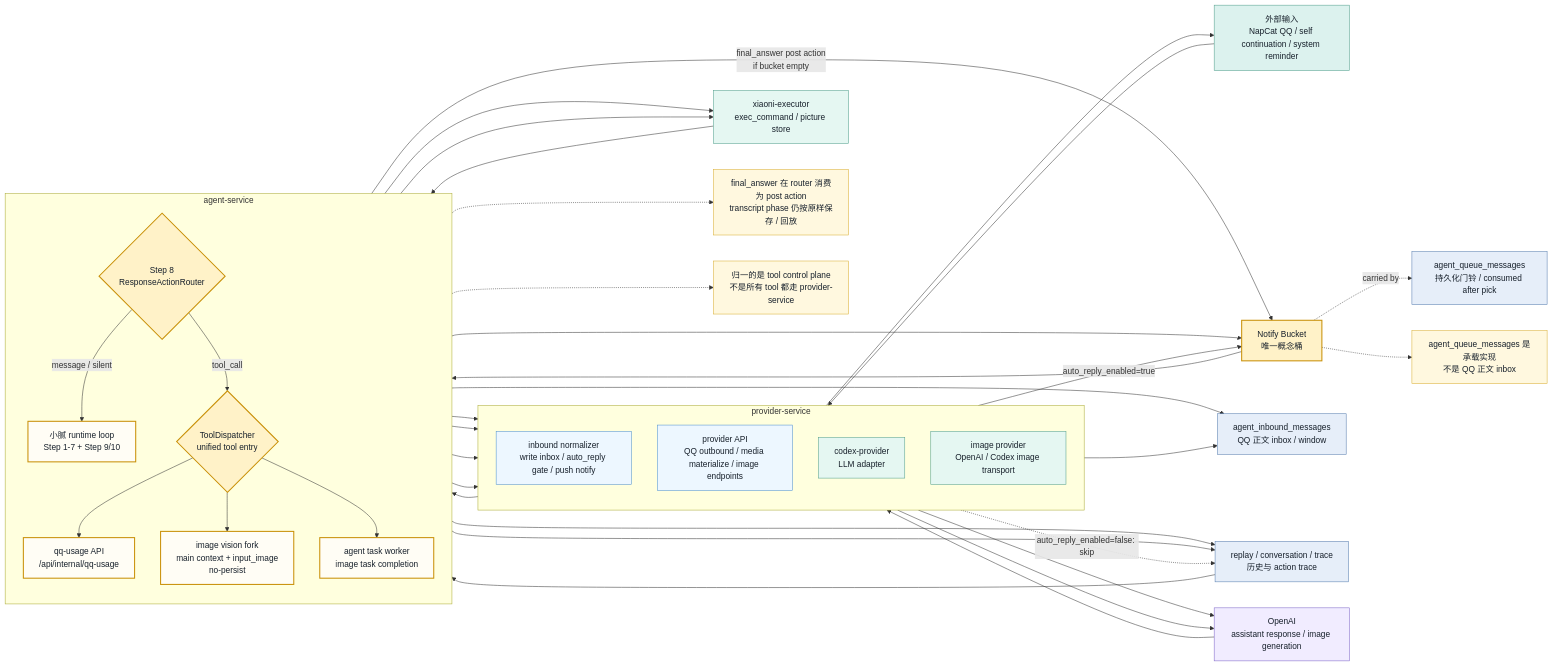
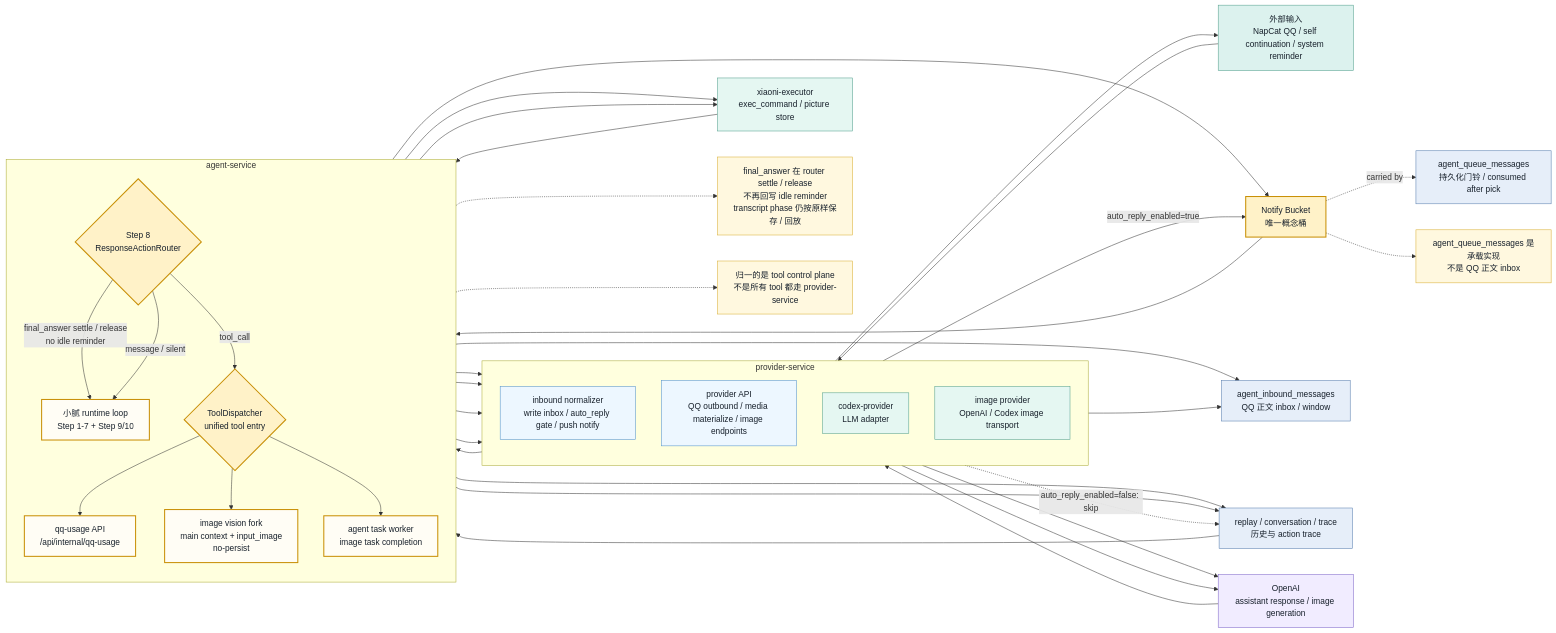
Before and after one commit to Hei-AI/xiaoni_cc: the diagram in docs/xiaoni-notify-runtime-component.mmd, drawn with Mermaid. The commit also changed 27 other files, not shown here.

```diff
--- a/docs/xiaoni-notify-runtime-component.mmd
+++ b/docs/xiaoni-notify-runtime-component.mmd
@@ -1,69 +1,69 @@
 flowchart LR
   %% Topology-oriented source for docs/xiaoni-notify-runtime-component.svg.
   %% The PlantUML file is the rendered source; this Mermaid file keeps the same semantic graph.
 
   classDef external fill:#dcf2ee,stroke:#4f9d8a,color:#17202b
   classDef provider fill:#edf7ff,stroke:#4d8fcb,color:#17202b
   classDef bucket fill:#fff2c8,stroke:#c99008,stroke-width:2px,color:#17202b
   classDef agent fill:#fffdf5,stroke:#c99008,stroke-width:2px,color:#17202b
   classDef step fill:#e6eef9,stroke:#557cad,color:#17202b
   classDef tool fill:#e5f7f2,stroke:#4f9d8a,color:#17202b
   classDef llm fill:#f1ecff,stroke:#7c63c7,color:#17202b
   classDef store fill:#e6eef9,stroke:#557cad,color:#17202b
   classDef note fill:#fff8df,stroke:#d8ad31,color:#17202b
 
   external["外部输入<br/>NapCat QQ / self continuation / system reminder"]:::external
   bucket["Notify Bucket<br/>唯一概念桶"]:::bucket
   queue["agent_queue_messages<br/>持久化门铃 / consumed after pick"]:::store
   inbox["agent_inbound_messages<br/>QQ 正文 inbox / window"]:::store
   history["replay / conversation / trace<br/>历史与 action trace"]:::store
   openai["OpenAI<br/>assistant response / image generation"]:::llm
   executor["xiaoni-executor<br/>exec_command / picture store"]:::tool
 
   subgraph provider["provider-service"]
     direction TB
     providerInbound["inbound normalizer<br/>write inbox / auto_reply gate / push notify"]:::provider
     providerApi["provider API<br/>QQ outbound / media materialize / image endpoints"]:::provider
     codexProvider["codex-provider<br/>LLM adapter"]:::tool
     imageProvider["image provider<br/>OpenAI / Codex image transport"]:::tool
   end
 
   subgraph agent["agent-service"]
     direction TB
     loop["小腻 runtime loop<br/>Step 1-7 + Step 9/10"]:::agent
     router{"Step 8<br/>ResponseActionRouter"}:::bucket
     dispatcher{"ToolDispatcher<br/>unified tool entry"}:::bucket
     qqUsageApi["qq-usage API<br/>/api/internal/qq-usage"]:::agent
     imageVisionFork["image vision fork<br/>main context + input_image<br/>no-persist"]:::agent
     taskWorker["agent task worker<br/>image task completion"]:::agent
   end
 
-  noteRouter["final_answer 在 router 消费为 post action<br/>transcript phase 仍按原样保存 / 回放"]:::note
+  noteRouter["final_answer 在 router settle / release<br/>不再回写 idle reminder<br/>transcript phase 仍按原样保存 / 回放"]:::note
   noteDispatch["归一的是 tool control plane<br/>不是所有 tool 都走 provider-service"]:::note
   noteBucket["agent_queue_messages 是承载实现<br/>不是 QQ 正文 inbox"]:::note
 
   external --> providerInbound
   providerInbound --> inbox
   providerInbound -- "auto_reply_enabled=true" --> bucket
   providerInbound -. "auto_reply_enabled=false: skip" .-> history
   bucket -. "carried by" .-> queue
   bucket --> loop
   bucket -.-> noteBucket
 
   loop --> codexProvider --> openai --> codexProvider --> router
   router --> history
-  router -- "final_answer post action<br/>if bucket empty" --> bucket
+  router -- "final_answer settle / release<br/>no idle reminder" --> loop
   router -- "tool_call" --> dispatcher
   router -- "message / silent" --> loop
   router -.-> noteRouter
 
   dispatcher --> qqUsageApi --> inbox
   dispatcher --> imageVisionFork --> codexProvider
   dispatcher --> providerApi --> external
   dispatcher --> executor --> dispatcher
   dispatcher --> taskWorker --> imageProvider --> openai
   taskWorker --> executor
   taskWorker --> bucket
   dispatcher -.-> noteDispatch
 
   loop --> history --> loop
```
